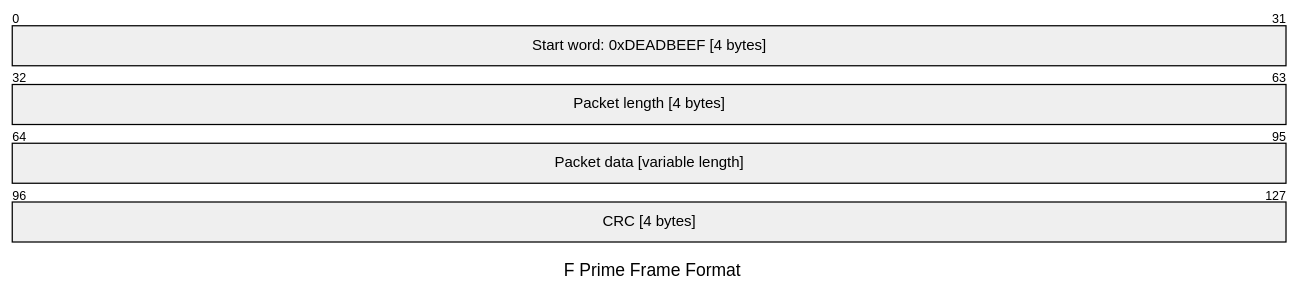
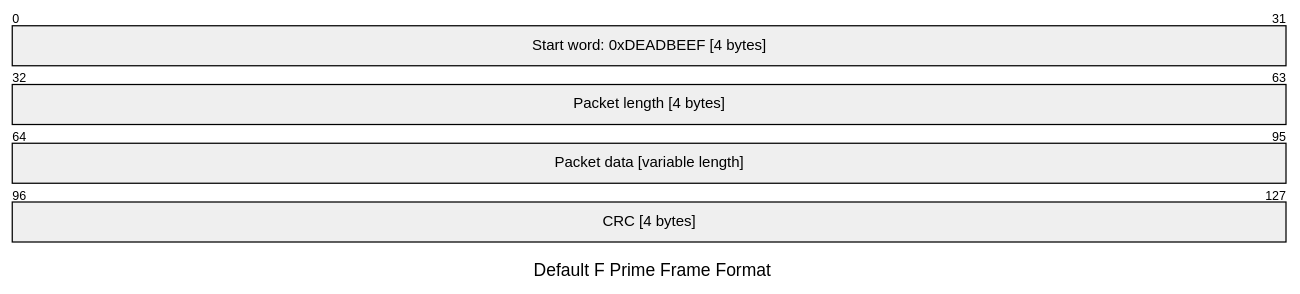
The first of 2 diagrams in Svc/FprimeDeframer/docs/sdd.md (nasa/fprime), drawn with Mermaid before and after one commit. The commit also changed other lines of this file and 16 other files, not shown here.

````diff
--- a/Svc/FprimeDeframer/docs/sdd.md
+++ b/Svc/FprimeDeframer/docs/sdd.md
@@ -7,11 +7,11 @@
 ```mermaid
 ---
-title: "F Prime Frame Format"
+title: "Default F Prime Frame Format"
 ---
 packet-beta
   0-31: "Start word: 0xDEADBEEF [4 bytes]"
   32-63: "Packet length [4 bytes]"
   64-95: "Packet data [variable length]"
   96-127: "CRC [4 bytes]"
 
 ```
````
